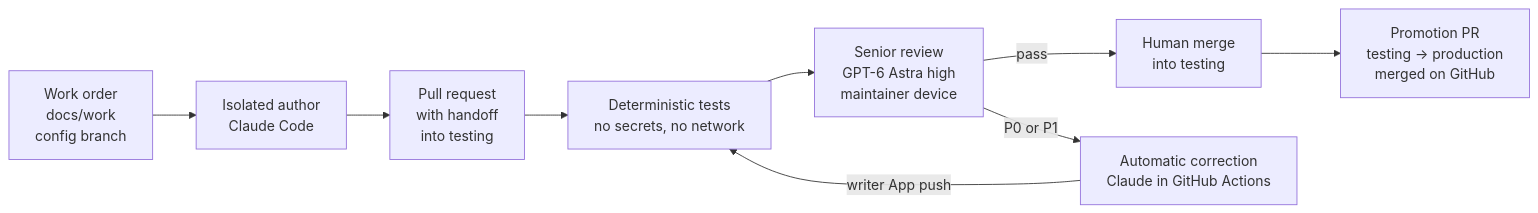
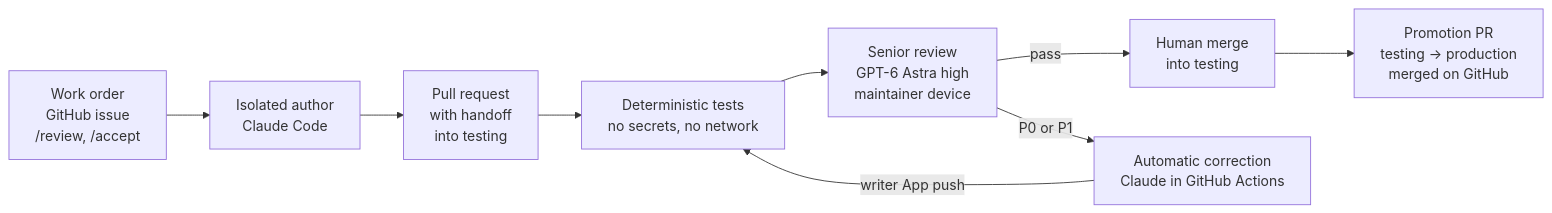
Before and after one commit to Zerosteps1/Aicepeak_V2.0.0: the diagram in docs/software-factory.md, drawn with Mermaid. The commit also changed other lines of this file and 37 other files, not shown here.

First line of the commit message:
factory: work orders as GitHub issues (FACTORY-009)

````diff
--- a/docs/software-factory.md
+++ b/docs/software-factory.md
@@ -11,11 +11,11 @@
 ```mermaid
 flowchart LR
-  T[Work order<br/>docs/work<br/>config branch] --> A[Isolated author<br/>Claude Code]
+  T[Work order<br/>GitHub issue<br/>/review, /accept] --> A[Isolated author<br/>Claude Code]
   A --> P[Pull request<br/>with handoff<br/>into testing]
   P --> D[Deterministic tests<br/>no secrets, no network]
   D --> R[Senior review<br/>GPT-6 Astra high<br/>maintainer device]
   R -->|pass| M[Human merge<br/>into testing]
   R -->|P0 or P1| C[Automatic correction<br/>Claude in GitHub Actions]
   C -->|writer App push| D
   M --> X[Promotion PR<br/>testing → production<br/>merged on GitHub]
 ```
````
